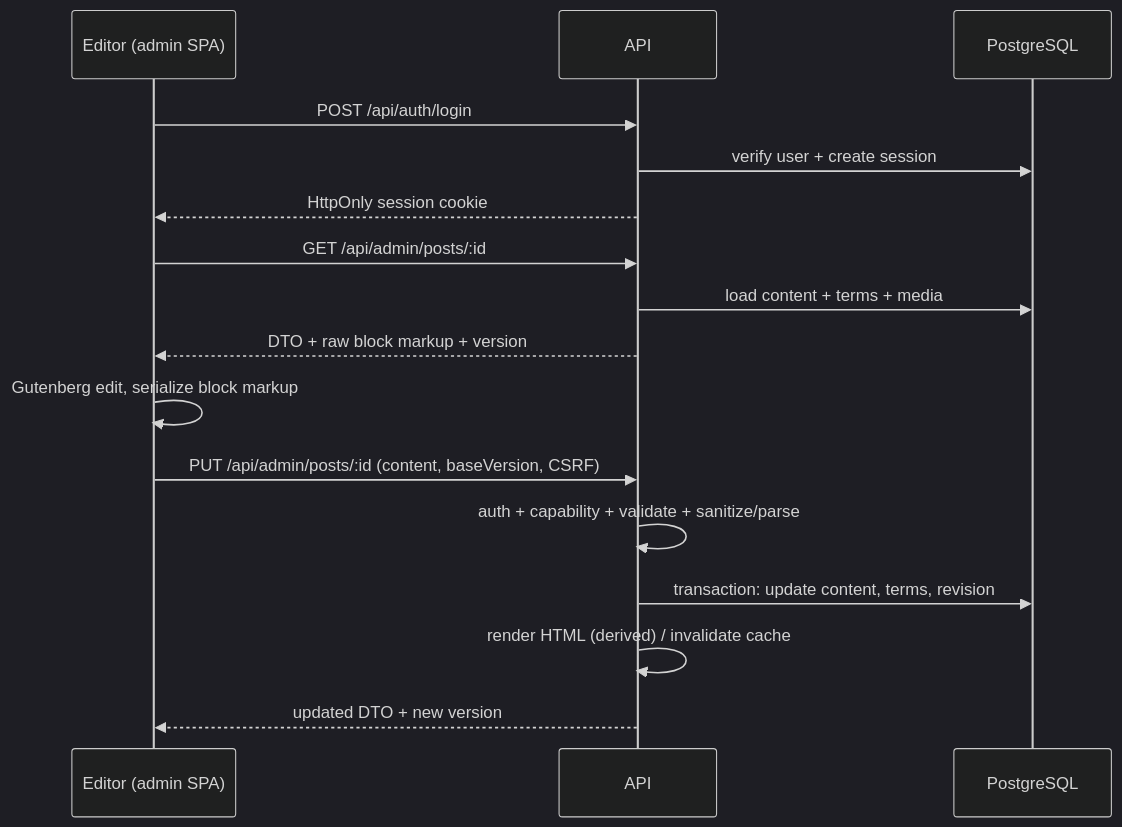
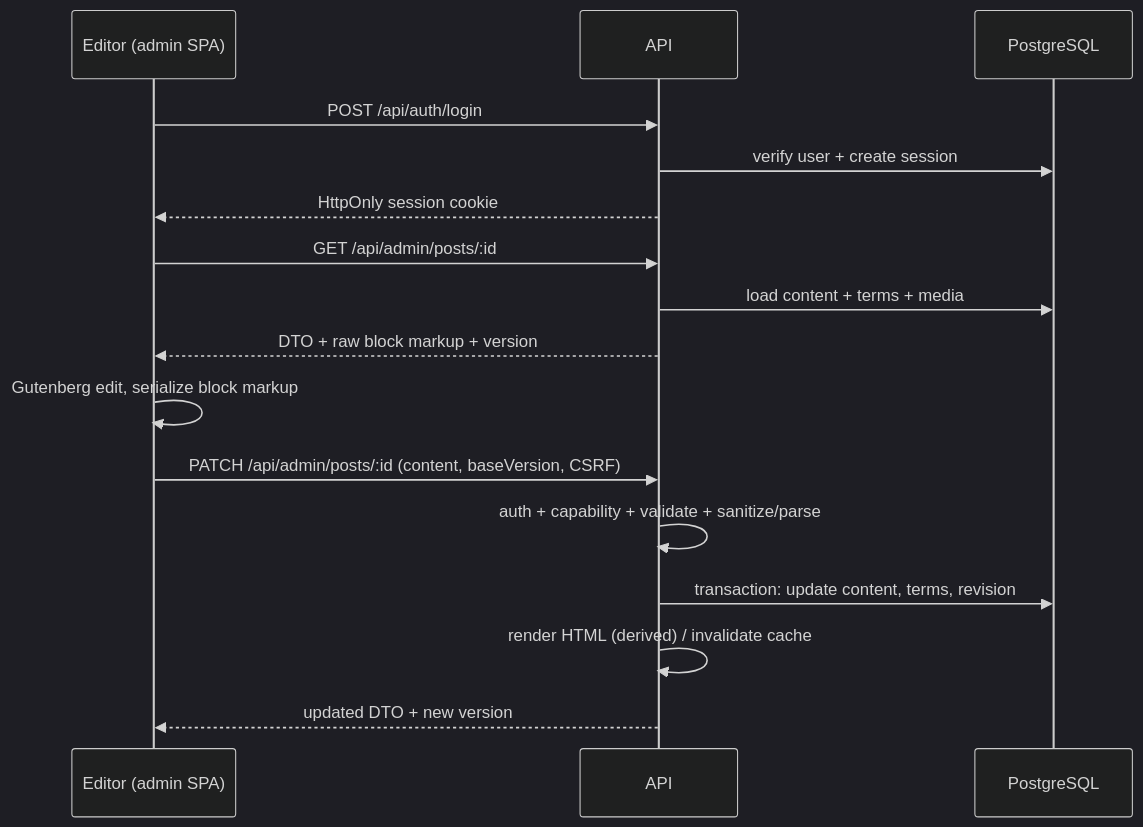
Before and after one commit to nilesh32236/mernpress: the second of 4 diagrams in docs/architecture/system-overview.md, drawn with Mermaid (dark theme). The commit also changed other lines of this file and 21 other files, not shown here.

````diff
--- a/docs/architecture/system-overview.md
+++ b/docs/architecture/system-overview.md
@@ -91,18 +100,18 @@
 ```mermaid
 sequenceDiagram
   participant E as Editor (admin SPA)
   participant A as API
   participant D as PostgreSQL
   E->>A: POST /api/auth/login
   A->>D: verify user + create session
   A-->>E: HttpOnly session cookie
   E->>A: GET /api/admin/posts/:id
   A->>D: load content + terms + media
   A-->>E: DTO + raw block markup + version
   E->>E: Gutenberg edit, serialize block markup
-  E->>A: PUT /api/admin/posts/:id (content, baseVersion, CSRF)
+  E->>A: PATCH /api/admin/posts/:id (content, baseVersion, CSRF)
   A->>A: auth + capability + validate + sanitize/parse
   A->>D: transaction: update content, terms, revision
   A->>A: render HTML (derived) / invalidate cache
   A-->>E: updated DTO + new version
 ```
````
